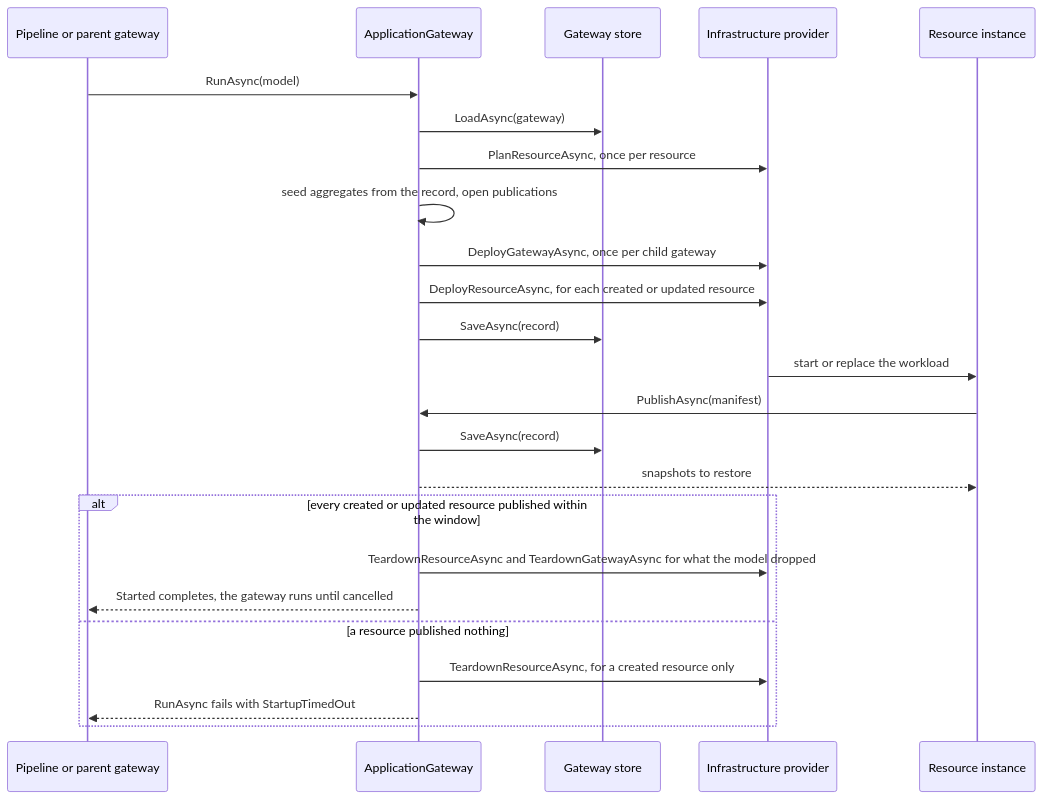
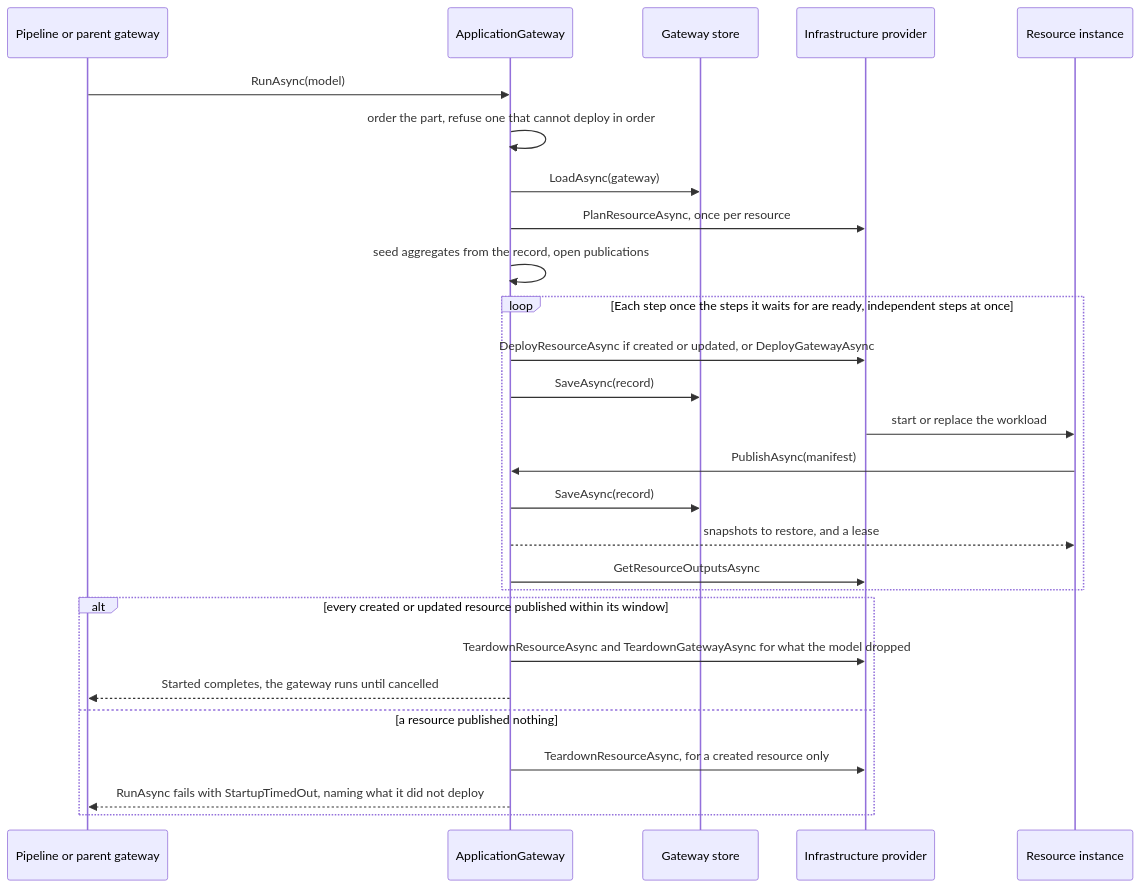
The second of 3 diagrams in libraries/ApplicationModel/Assimalign.Cohesion.ApplicationModel.Gateway/docs/DESIGN.md (assimalign/cohesion), drawn with Mermaid before and after one commit. The commit also changed other lines of this file and 15 other files, not shown here.

First line of the commit message:
feat(application-model): deploy in dependency order and reject dependency cycles

````diff
--- a/libraries/ApplicationModel/Assimalign.Cohesion.ApplicationModel.Gateway/docs/DESIGN.md
+++ b/libraries/ApplicationModel/Assimalign.Cohesion.ApplicationModel.Gateway/docs/DESIGN.md
@@ -38,26 +41,29 @@
 ```mermaid
 sequenceDiagram
     participant Caller as Pipeline or parent gateway
     participant GW as ApplicationGateway
     participant Store as Gateway store
     participant Infra as Infrastructure provider
     participant Inst as Resource instance
     Caller->>GW: RunAsync(model)
+    GW->>GW: order the part, refuse one that cannot deploy in order
     GW->>Store: LoadAsync(gateway)
     GW->>Infra: PlanResourceAsync, once per resource
     GW->>GW: seed aggregates from the record, open publications
-    GW->>Infra: DeployGatewayAsync, once per child gateway
-    GW->>Infra: DeployResourceAsync, for each created or updated resource
-    GW->>Store: SaveAsync(record)
-    Infra->>Inst: start or replace the workload
-    Inst->>GW: PublishAsync(manifest)
-    GW->>Store: SaveAsync(record)
-    GW-->>Inst: snapshots to restore
-    alt every created or updated resource published within the window
+    loop Each step once the steps it waits for are ready, independent steps at once
+        GW->>Infra: DeployResourceAsync if created or updated, or DeployGatewayAsync
+        GW->>Store: SaveAsync(record)
+        Infra->>Inst: start or replace the workload
+        Inst->>GW: PublishAsync(manifest)
+        GW->>Store: SaveAsync(record)
+        GW-->>Inst: snapshots to restore, and a lease
+        GW->>Infra: GetResourceOutputsAsync
+    end
+    alt every created or updated resource published within its window
         GW->>Infra: TeardownResourceAsync and TeardownGatewayAsync for what the model dropped
         GW-->>Caller: Started completes, the gateway runs until cancelled
     else a resource published nothing
         GW->>Infra: TeardownResourceAsync, for a created resource only
-        GW-->>Caller: RunAsync fails with StartupTimedOut
+        GW-->>Caller: RunAsync fails with StartupTimedOut, naming what it did not deploy
     end
 ```
````
